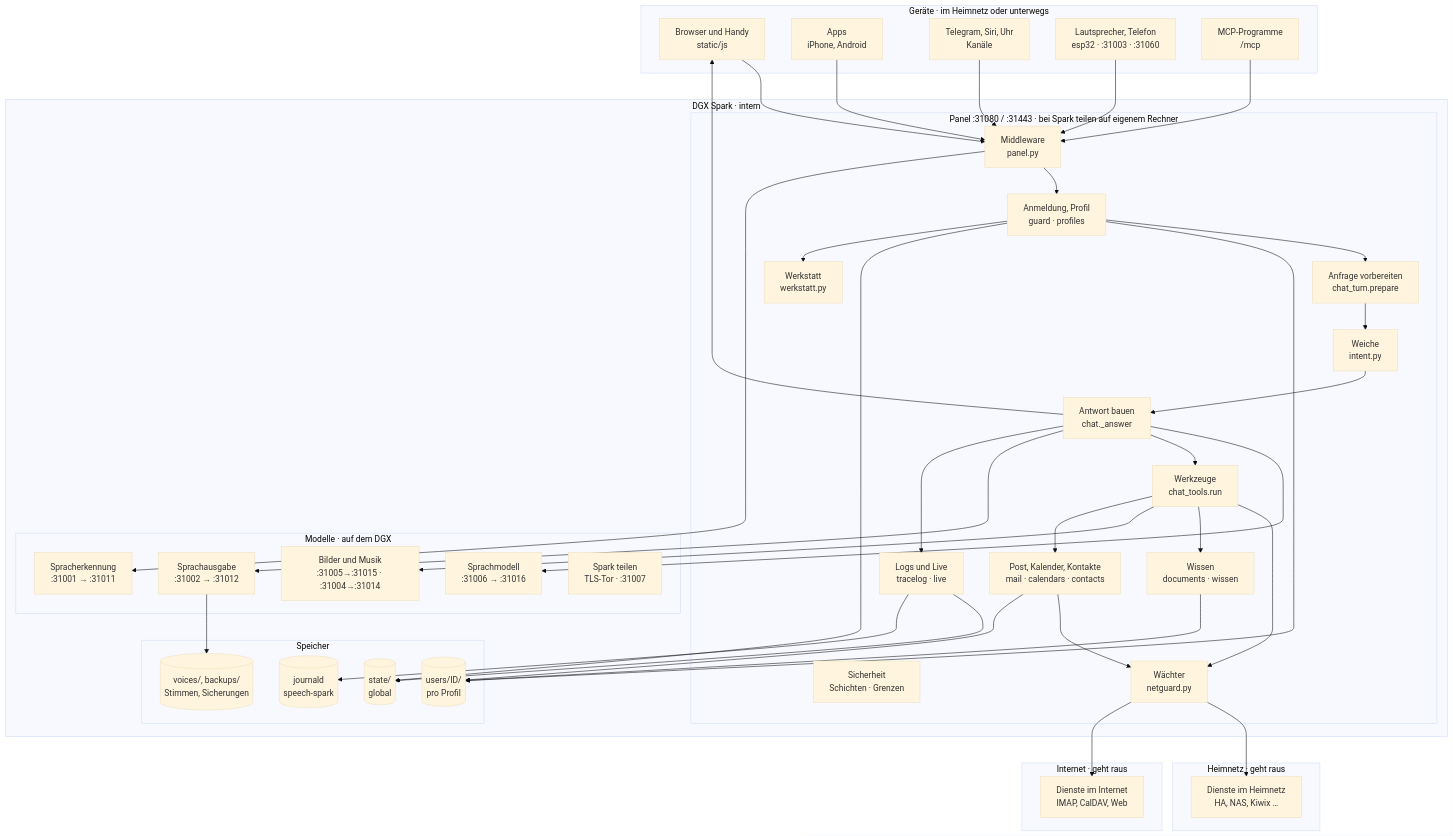
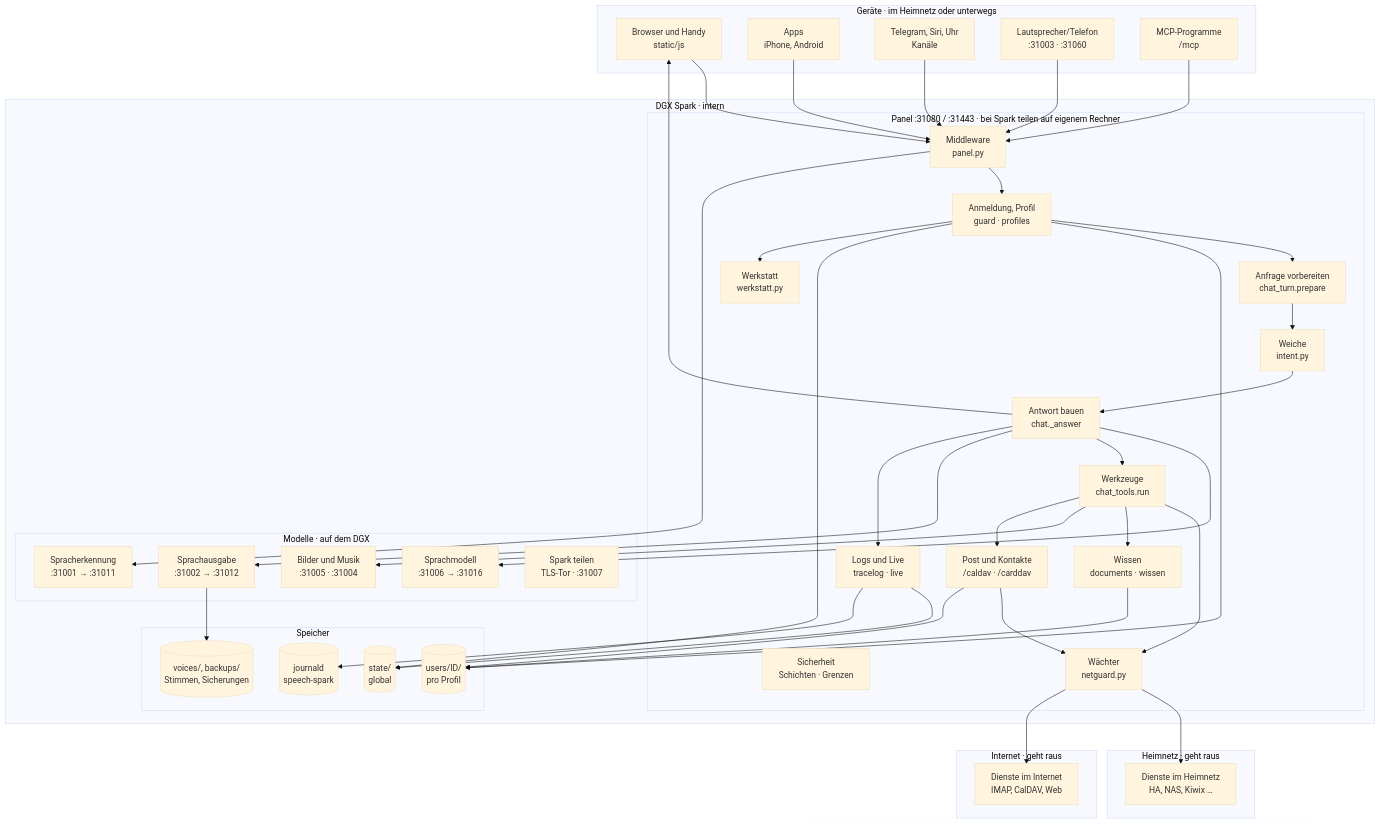
Before and after one commit to db9979/speech-on-dgx-spark: the first of 29 diagrams in docs/de/architektur.md, drawn with Mermaid (base theme). The commit also changed other lines of this file and 11 other files, not shown here.

````diff
--- a/docs/de/architektur.md
+++ b/docs/de/architektur.md
@@ -16,75 +16,75 @@
 ```mermaid
 flowchart TB
   subgraph z_geraete["Geräte · im Heimnetz oder unterwegs"]
     geraet["Browser und Handy<br/>static/js"]
     apps["Apps<br/>iPhone, Android"]
     kanaele["Telegram, Siri, Uhr<br/>Kanäle"]
-    lautsprecher["Lautsprecher, Telefon<br/>esp32 · :31003 · :31060"]
+    lautsprecher["Lautsprecher/Telefon<br/>:31003 · :31060"]
     mcpc["MCP-Programme<br/>/mcp"]
   end
   subgraph z_spark["DGX Spark · intern"]
     subgraph z_panel["Panel :31080 / :31443 · bei Spark teilen auf eigenem Rechner"]
       middleware["Middleware<br/>panel.py"]
       sicherheit["Sicherheit<br/>Schichten · Grenzen"]
       zugang["Anmeldung, Profil<br/>guard · profiles"]
       vorbereiten["Anfrage vorbereiten<br/>chat_turn.prepare"]
       weiche["Weiche<br/>intent.py"]
       antwort["Antwort bauen<br/>chat._answer"]
       werkzeuge["Werkzeuge<br/>chat_tools.run"]
       wissen["Wissen<br/>documents · wissen"]
       waechter["Wächter<br/>netguard.py"]
       betrieb["Logs und Live<br/>tracelog · live"]
       werkstatt["Werkstatt<br/>werkstatt.py"]
-      post["Post, Kalender, Kontakte<br/>mail · calendars · contacts"]
+      post["Post und Kontakte<br/>/caldav · /carddav"]
     end
     subgraph z_modelle["Modelle · auf dem DGX"]
       llm["Sprachmodell<br/>:31006 → :31016"]
       asr["Spracherkennung<br/>:31001 → :31011"]
       tts["Sprachausgabe<br/>:31002 → :31012"]
-      bild["Bilder und Musik<br/>:31005→:31015 · :31004→:31014"]
+      bild["Bilder und Musik<br/>:31005 · :31004"]
       teilen["Spark teilen<br/>TLS-Tor · :31007"]
     end
     subgraph z_speicher["Speicher"]
       state[("state/<br/>global")]
       users[("users/ID/<br/>pro Profil")]
       ablage[("voices/, backups/<br/>Stimmen, Sicherungen")]
       journal[("journald<br/>speech-spark")]
     end
   end
   subgraph z_heimnetz["Heimnetz · geht raus"]
     aussen["Dienste im Heimnetz<br/>HA, NAS, Kiwix …"]
   end
   subgraph z_internet["Internet · geht raus"]
     internet["Dienste im Internet<br/>IMAP, CalDAV, Web"]
   end
   geraet --> middleware
   apps --> middleware
   kanaele --> middleware
   lautsprecher --> middleware
   mcpc --> middleware
   middleware --> zugang
   middleware --> asr
   zugang --> vorbereiten
   vorbereiten --> weiche
   weiche --> antwort
   antwort --> llm
   antwort --> werkzeuge
   werkzeuge --> waechter
   waechter --> aussen
   waechter --> internet
   werkzeuge --> wissen
   antwort --> tts
   werkzeuge --> bild
   antwort --> geraet
   antwort --> betrieb
   betrieb --> state
   betrieb --> journal
   wissen --> users
   zugang --> users
   zugang --> state
   tts --> ablage
   zugang --> werkstatt
   werkzeuge --> post
   post --> waechter
   post --> users
 ```
````
